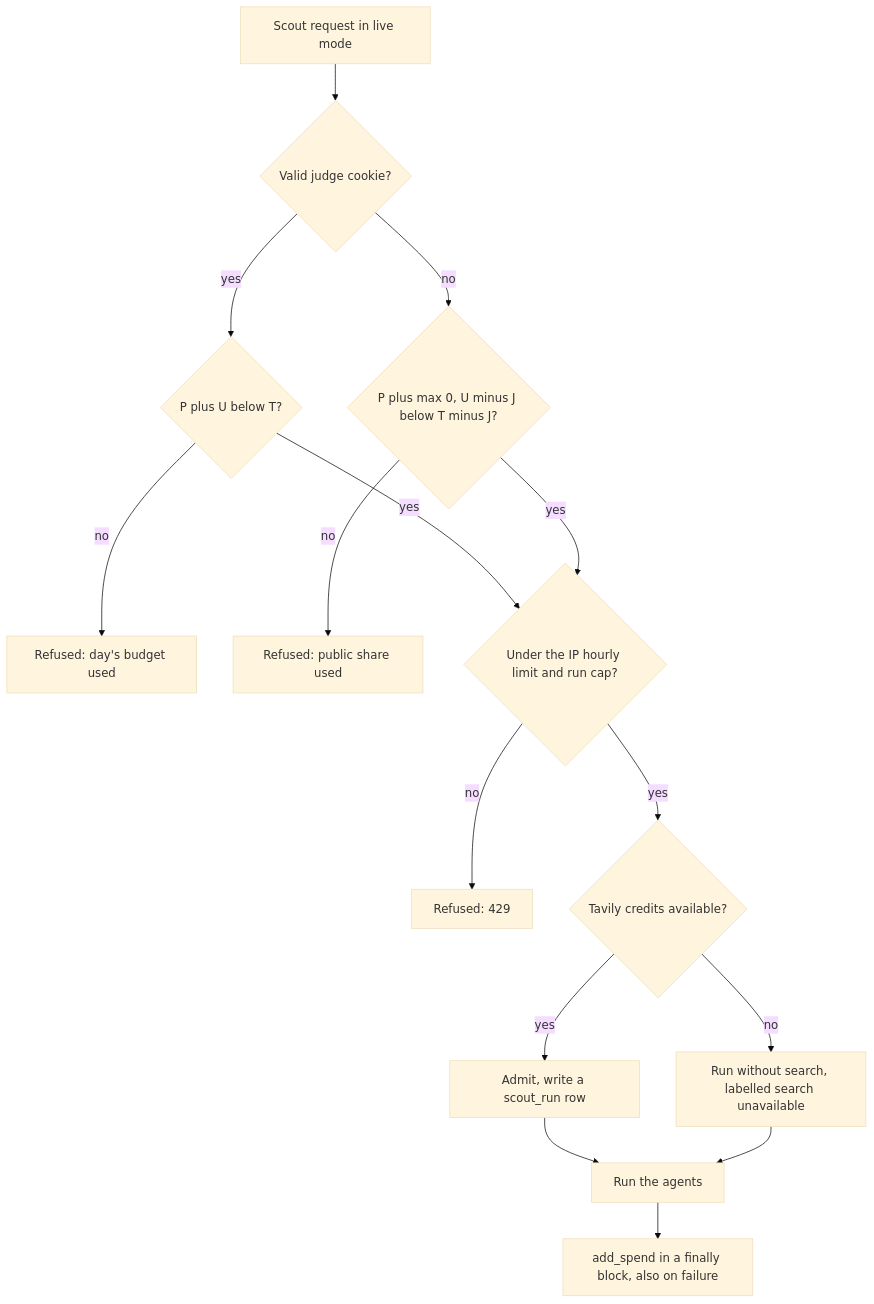
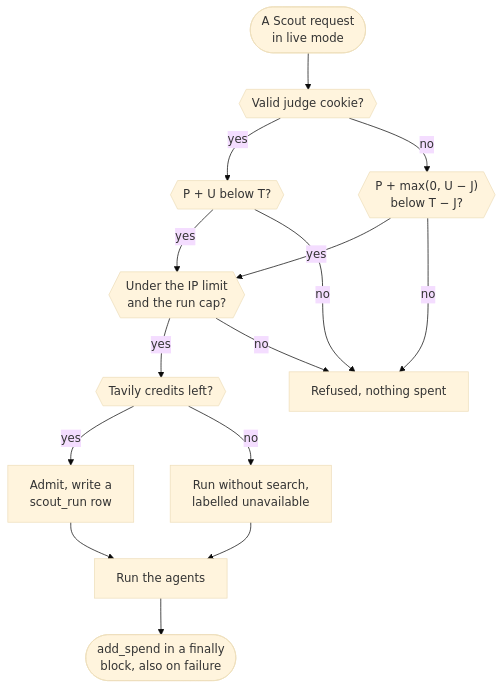
One commit to harshbhx/ratchet changed the fourth of 4 diagrams in docs-site/src/content/docs/guides/scout.mdx. Above: the diagram before and after it, drawn with Mermaid (base theme). The commit also changed other lines of this file and 25 other files, not shown here.

````diff
--- a/docs-site/src/content/docs/guides/scout.mdx
+++ b/docs-site/src/content/docs/guides/scout.mdx
@@ -177,17 +213,22 @@
 ```mermaid
-flowchart TD
-  A["Scout request in live mode"] --> J{"Valid judge cookie?"}
-  J -->|yes| JP{"P plus U below T?"}
-  J -->|no| PB{"P plus max 0, U minus J below T minus J?"}
-  JP -->|no| R1["Refused: day's budget used"]
-  PB -->|no| R2["Refused: public share used"]
-  JP -->|yes| H{"Under the IP hourly limit and run cap?"}
+flowchart TB
+  A(["A Scout request<br/>in live mode"]) --> J{{"Valid judge cookie?"}}
+  J -->|yes| JP{{"P + U below T?"}}
+  J -->|no| PB{{"P + max(0, U − J)<br/>below T − J?"}}
+  JP -->|yes| H{{"Under the IP limit<br/>and the run cap?"}}
   PB -->|yes| H
-  H -->|no| R3["Refused: 429"]
-  H -->|yes| CR{"Tavily credits available?"}
-  CR -->|no| NS["Run without search, labelled search unavailable"]
-  CR -->|yes| OK["Admit, write a scout_run row"]
+  H -->|yes| CR{{"Tavily credits left?"}}
+  CR -->|yes| OK["Admit, write a<br/>scout_run row"]
+  CR -->|no| NS["Run without search,<br/>labelled unavailable"]
   OK --> RUN["Run the agents"]
   NS --> RUN
-  RUN --> END["add_spend in a finally block, also on failure"]
+  RUN --> END(["add_spend in a finally<br/>block, also on failure"])
+  JP -->|no| R["Refused, nothing spent"]
+  PB -->|no| R
+  H -->|no| R
+
+  class J,JP,PB,H,CR gate
+  class R danger
+  class NS outline
+  class END ok
 ```
````
